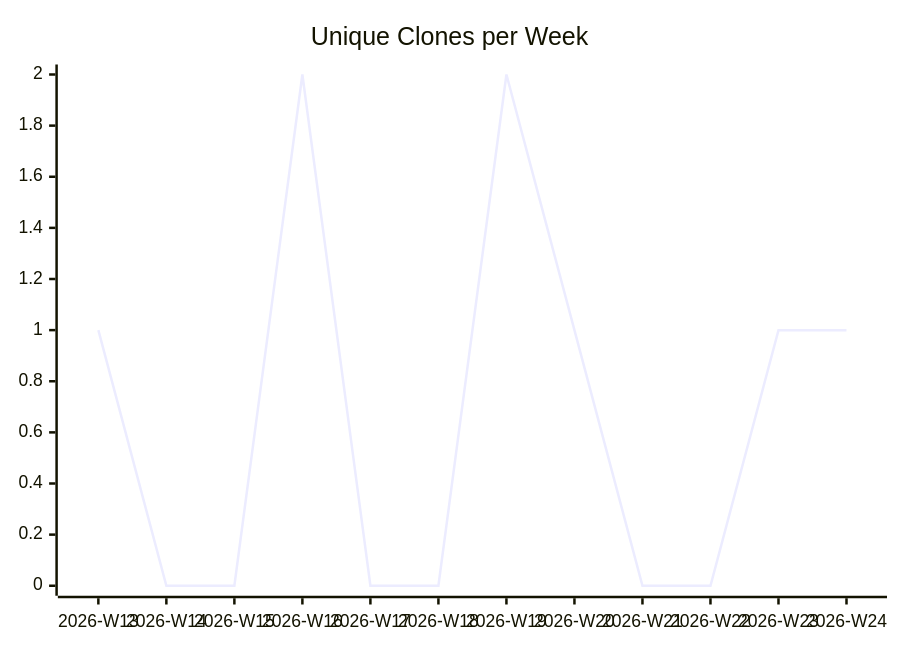
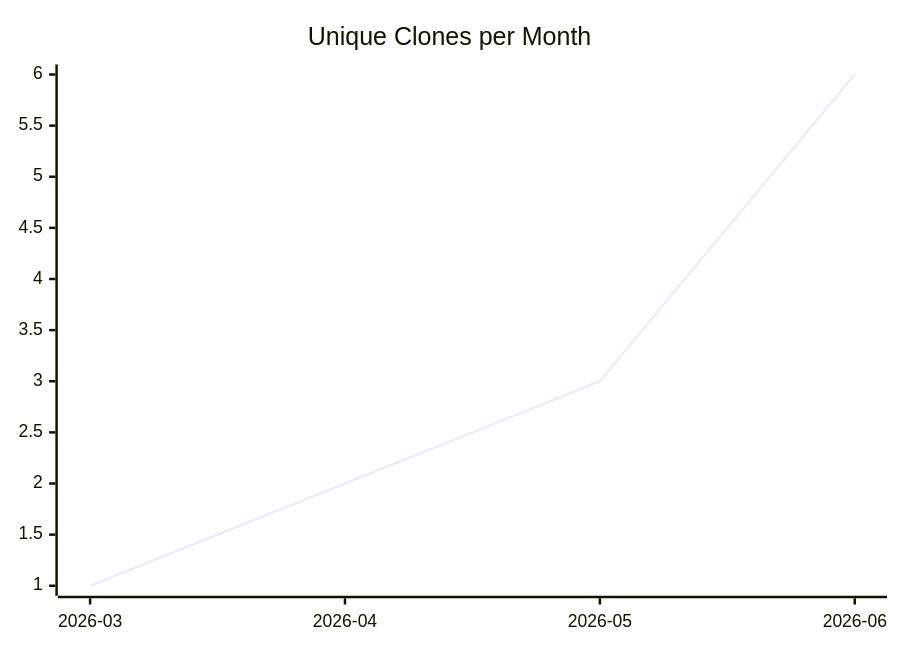
The third of 3 diagrams in karlmdavis/datanucleus-test-jdo-1-to-n/README.md (justdavis-family/github-analytics-data), drawn with Mermaid before and after one commit. The commit also changed other lines of this file and 198 other files, not shown here.

````diff
--- a/karlmdavis/datanucleus-test-jdo-1-to-n/README.md
+++ b/karlmdavis/datanucleus-test-jdo-1-to-n/README.md
@@ -19,6 +19,6 @@
 ```mermaid
 xychart-beta
-  title "Unique Clones per Week"
-  x-axis ["2026-W13", "2026-W14", "2026-W15", "2026-W16", "2026-W17", "2026-W18", "2026-W19", "2026-W20", "2026-W21", "2026-W22", "2026-W23", "2026-W24"]
-  line [1, 0, 0, 2, 0, 0, 2, 1, 0, 0, 1, 1]
+  title "Unique Clones per Month"
+  x-axis ["2026-03", "2026-04", "2026-05", "2026-06"]
+  line [1, 2, 3, 6]
 ```
````
